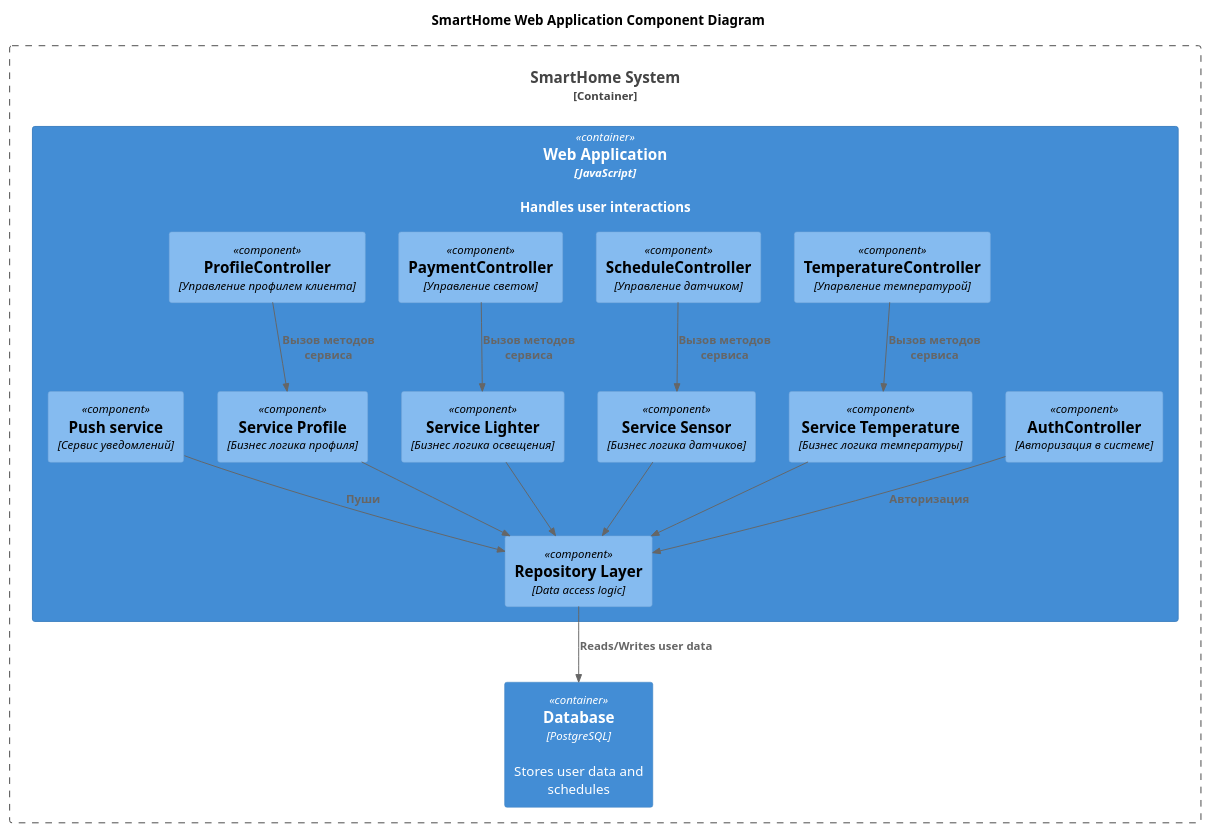
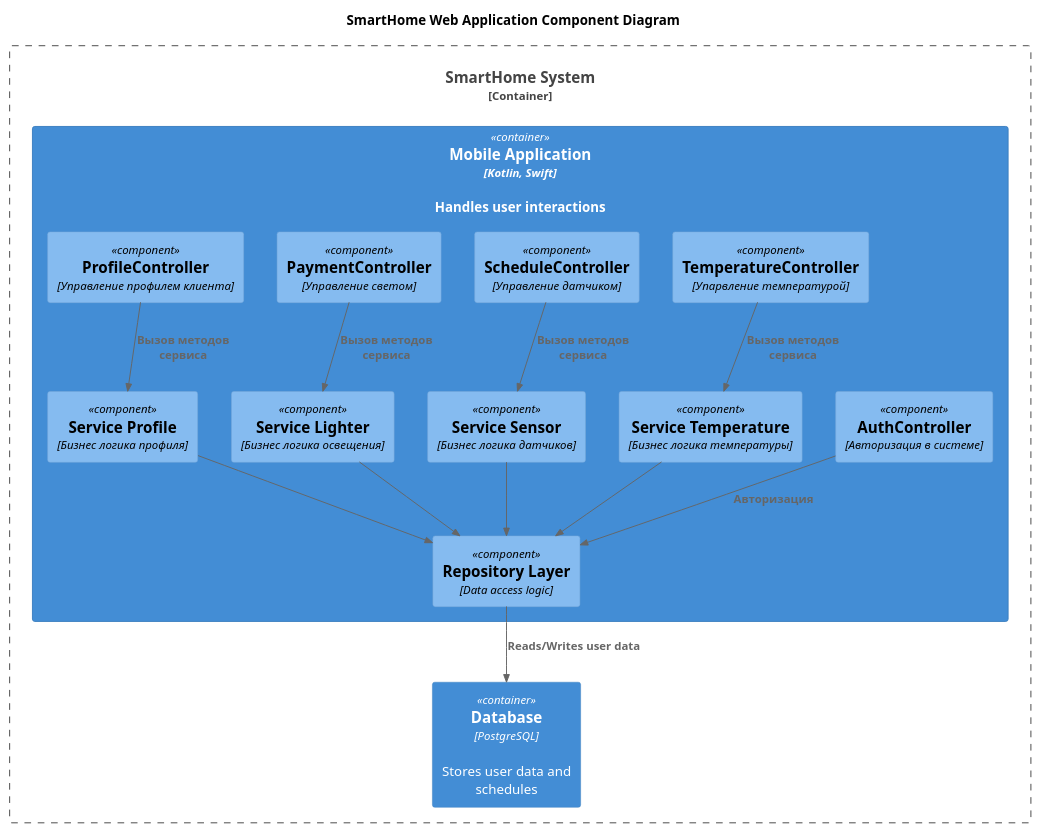
One commit to PuryginKE/architecture-warmhouse changed the diagram in diagrams/component/Component-Mobile.puml. Above: the diagram before and after it, drawn with PlantUML. The commit also changed 1 other file, not shown here.

```diff
--- a/diagrams/component/Component-Mobile.puml
+++ b/diagrams/component/Component-Mobile.puml
@@ -1,42 +1,42 @@
 @startuml
 title SmartHome Web Application Component Diagram
 
 top to bottom direction
 
 !includeurl https://raw.githubusercontent.com/RicardoNiepel/C4-PlantUML/master/C4_Component.puml
 
 Container_Boundary(SmartHomeSystem, "SmartHome System") {
-  Container(WebApp, "Web Application", "JavaScript", "Handles user interactions")
+  Container(WebApp, "Mobile Application", "Kotlin, Swift", "Handles user interactions")
   Container(Database, "Database", "PostgreSQL", "Stores user data and schedules")
 }
 
-Container(WebApp, "Web Application", "Java, Spring") {
+Container(WebApp, "Mobile Application", "Kotlin, Swift") {
   Component(AuthController, "AuthController", "Авторизация в системе")
   Component(TemperatureController, "TemperatureController", "Упарвление температурой")
   Component(TemperatureServiceLayer, "Service Temperature", "Бизнес логика температуры")
   Component(SensorController, "ScheduleController", "Управление датчиком")
   Component(SensorServiceLayer, "Service Sensor", "Бизнес логика датчиков")
   Component(LighterController, "PaymentController", "Управление светом")
   Component(LighterServiceLayer, "Service Lighter", "Бизнес логика освещения")
   Component(ProfileController, "ProfileController", "Управление профилем клиента")
   Component(ProfileServiceLayer, "Service Profile", "Бизнес логика профиля")
   Component(RepositoryLayer, "Repository Layer", "Data access logic")
-  Component(PushService, "Push service", "Сервис уведомлений")
+  ' Component(PushService, "Push service", "Сервис уведомлений")
 }
 
 Rel(AuthController,RepositoryLayer,"Авторизация")
-Rel(PushService,RepositoryLayer,"Пуши")
+' Rel(PushService,RepositoryLayer,"Пуши")
 
 Rel(ProfileController,ProfileServiceLayer,"Вызов методов сервиса")
 Rel(TemperatureController,TemperatureServiceLayer,"Вызов методов сервиса")
 Rel(SensorController,SensorServiceLayer,"Вызов методов сервиса")
 Rel(LighterController,LighterServiceLayer,"Вызов методов сервиса")
 
 Rel(ProfileServiceLayer,RepositoryLayer,"")
 Rel(TemperatureServiceLayer,RepositoryLayer,"")
 Rel(SensorServiceLayer,RepositoryLayer,"")
 Rel(LighterServiceLayer,RepositoryLayer,"")
 
 
 Rel(RepositoryLayer,Database,"Reads/Writes user data")
 @enduml
```
